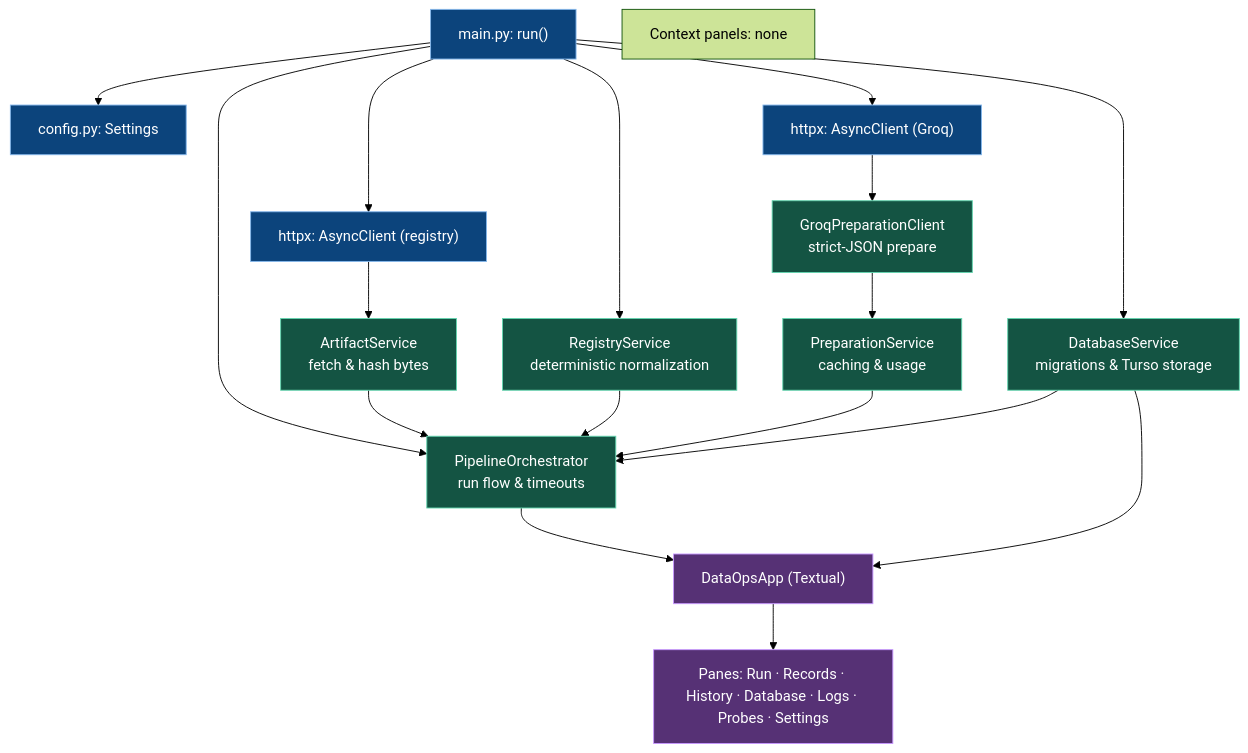
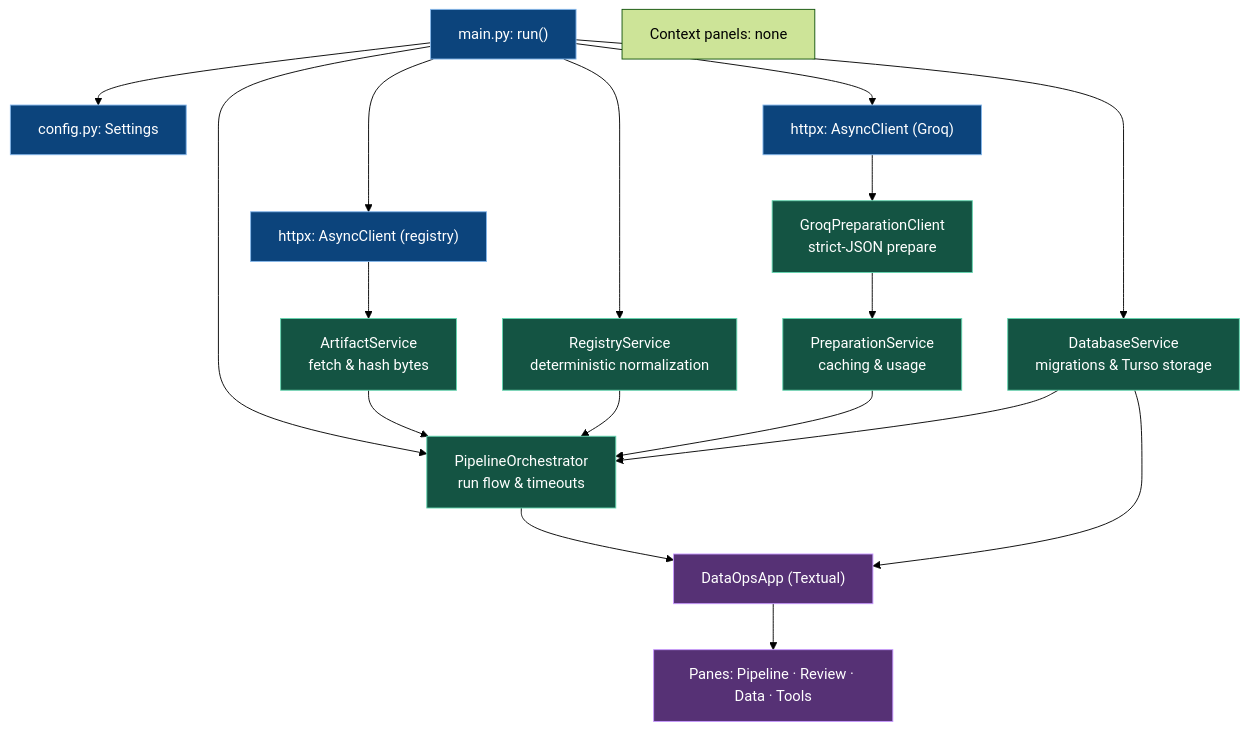
Before and after one commit to OussemaJaouadi/Athar: the first of 2 diagrams in docs/dataops/ARCHITECTURE.md, drawn with Mermaid (forest theme). The commit also changed other lines of this file and 19 other files, not shown here.

First line of the commit message:
🧭 ui(dataops): four tabs, saved runs on the live timeline, Escape backs out one level

````diff
--- a/docs/dataops/ARCHITECTURE.md
+++ b/docs/dataops/ARCHITECTURE.md
@@ -36,48 +36,48 @@
 ```mermaid
 flowchart TD
     MAIN["main.py: run()"]
     CFG["config.py: Settings"]
     HTTP["httpx: AsyncClient (registry)"]
     GROQ_HTTP["httpx: AsyncClient (Groq)"]
     
     ART["ArtifactService<br/>fetch & hash bytes"]
     REG["RegistryService<br/>deterministic normalization"]
     GROQ["GroqPreparationClient<br/>strict-JSON prepare"]
     PREP["PreparationService<br/>caching & usage"]
     DB["DatabaseService<br/>migrations & Turso storage"]
     ORCH["PipelineOrchestrator<br/>run flow & timeouts"]
     
     APP["DataOpsApp (Textual)"]
-     PANES["Panes: Run · Records · History · Database · Logs · Probes · Settings"]
+     PANES["Panes: Pipeline · Review · Data · Tools"]
      CONTEXT["Context panels: none"]
 
 
     MAIN --> CFG
     MAIN --> HTTP
     MAIN --> GROQ_HTTP
     MAIN --> DB
     
     HTTP --> ART
     GROQ_HTTP --> GROQ
     MAIN --> REG
     MAIN --> ORCH
     
     ART --> ORCH
     REG --> ORCH
     GROQ --> PREP
     PREP --> ORCH
     DB --> ORCH
     
     ORCH --> APP
     DB --> APP
      APP --> PANES
 
 
     classDef core fill:#0C447C,stroke:#85B7EB,color:#FFFFFF
     classDef svc fill:#145443,stroke:#63D5AF,color:#FFFFFF
     classDef ui fill:#563175,stroke:#C798FF,color:#FFFFFF
     class MAIN,CFG,HTTP,GROQ_HTTP core
     class ART,REG,DB,ORCH,PREP,GROQ svc
      class APP,PANES ui
 
 ```
````
